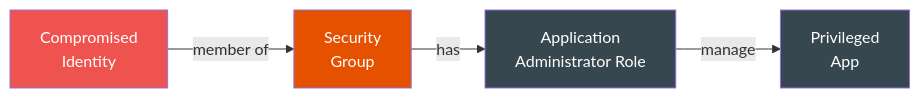
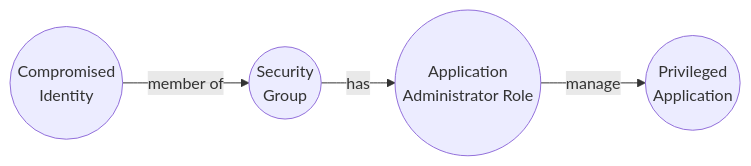
One commit to mvelazc0/BadZure changed the third of 3 diagrams in docs/attack-paths/app-administrator-abuse.md. Above: the diagram before and after it, drawn with Mermaid. The commit also changed other lines of this file and 5 other files, not shown here.

Commit message:
improving documentation graphs

````diff
--- a/docs/attack-paths/app-administrator-abuse.md
+++ b/docs/attack-paths/app-administrator-abuse.md
@@ -65,11 +64,6 @@
     ``` mermaid
     graph LR
-        U["Compromised<br/>Identity"] -->|"member of"| G["Security<br/>Group"]
-        G -->|"has"| ROLE["Application<br/>Administrator Role"]
-        ROLE -->|"manage"| APP["Privileged<br/>App"]
-
-        style U fill:#ef5350,color:#fff
-        style G fill:#e65100,color:#fff
-        style ROLE fill:#37474f,color:#fff
-        style APP fill:#37474f,color:#fff
+        U(("Compromised<br/>Identity")) -->|"member of"| G(("Security<br/>Group"))
+        G -->|"has"| ROLE(("Application<br/>Administrator Role"))
+        ROLE -->|"manage"| APP(("Privileged<br/>Application"))
     ```
````
